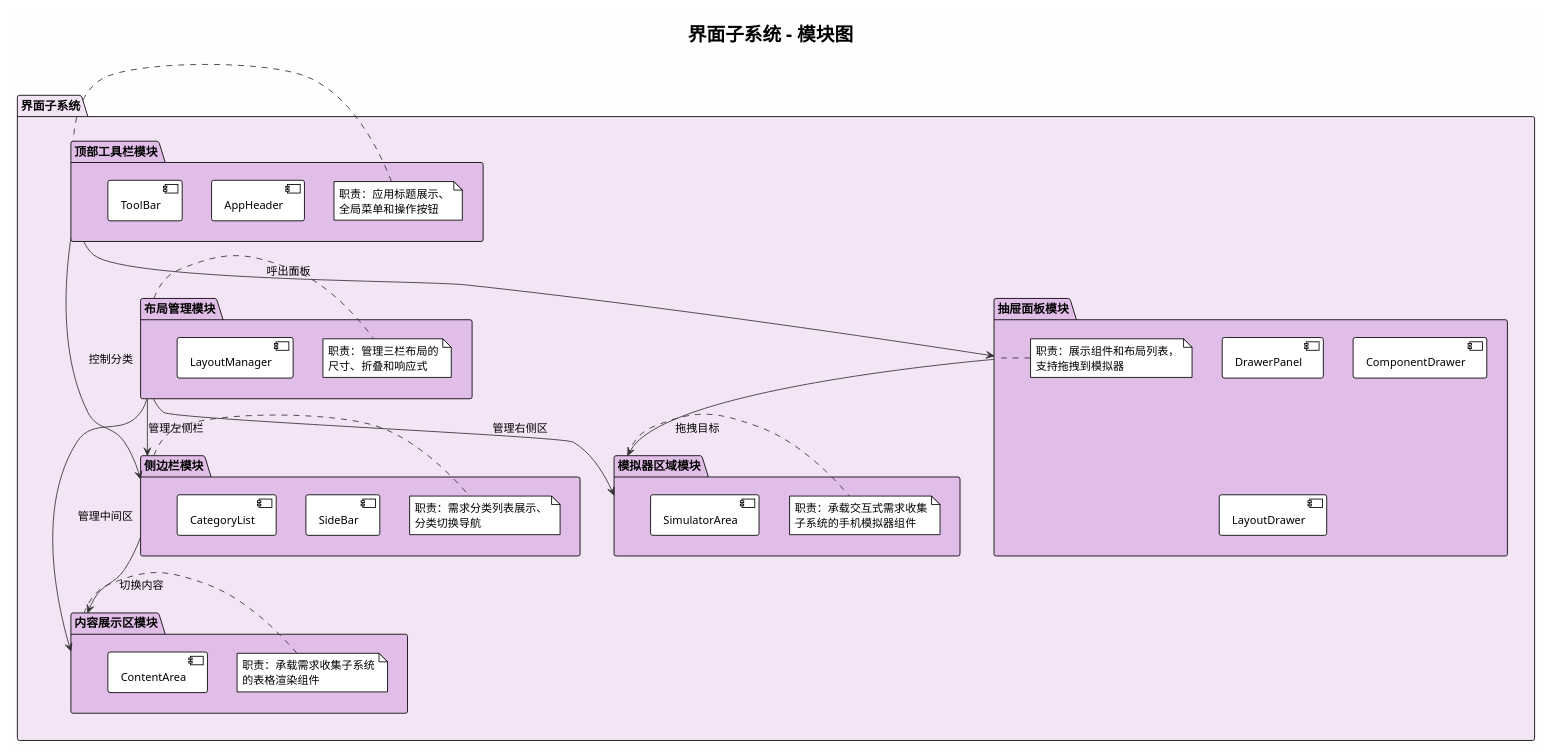
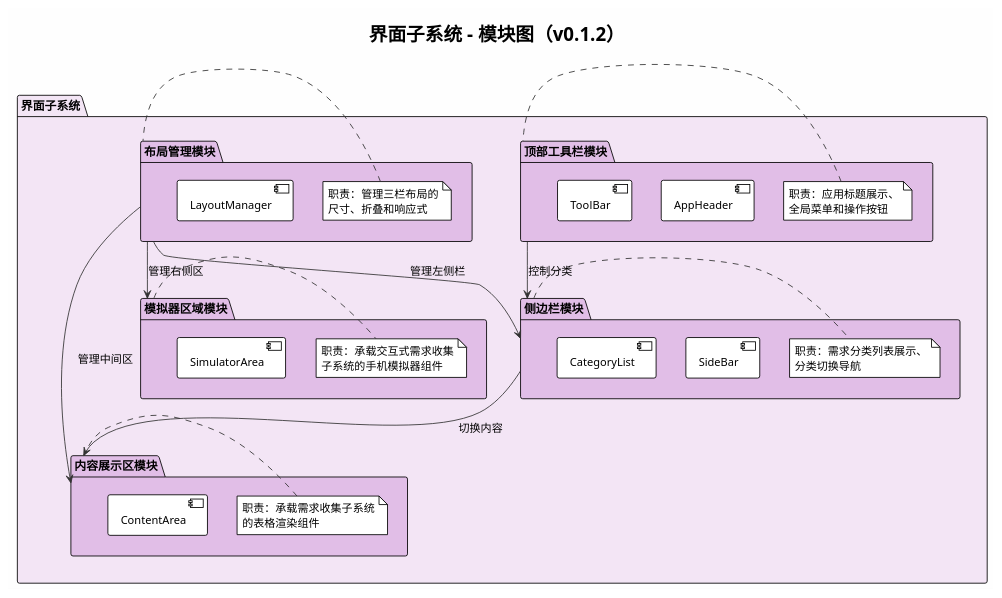
One commit to 24-Fahed/frontend_requirements_tool changed the diagram in docs/images/ui_module_diagram.puml. Above: the diagram before and after it, drawn with PlantUML. The commit also changed 48 other files, not shown here.

```diff
--- a/docs/images/ui_module_diagram.puml
+++ b/docs/images/ui_module_diagram.puml
@@ -1,80 +1,71 @@
 @startuml 界面子系统_模块图
 !theme plain
 skinparam backgroundColor #FEFEFE
 skinparam defaultFontName SimHei
 skinparam NoteFontName SimHei
 skinparam PackageFontName SimHei
 skinparam RectangleFontName SimHei
 skinparam TitleFontName SimHei
 skinparam LegendFontName SimHei
 skinparam ComponentFontName SimHei
 skinparam ArrowColor #333333
 skinparam PackageFontSize 14
 skinparam ComponentFontSize 13
 
-title 界面子系统 - 模块图
+title 界面子系统 - 模块图（v0.1.2）
 
 package "界面子系统" as UI_SYS #F3E5F5 {
 
   package "顶部工具栏模块" as MOD_HEADER #E1BEE7 {
     component [AppHeader] as HEADER
     component [ToolBar] as TOOLBAR
     note left of MOD_HEADER
       职责：应用标题展示、
       全局菜单和操作按钮
     end note
   }
 
   package "侧边栏模块" as MOD_SIDEBAR #E1BEE7 {
     component [SideBar] as SIDEBAR
     component [CategoryList] as CAT_LIST
     note right of MOD_SIDEBAR
       职责：需求分类列表展示、
       分类切换导航
     end note
   }
 
   package "内容展示区模块" as MOD_CONTENT #E1BEE7 {
     component [ContentArea] as CONTENT
     note left of MOD_CONTENT
       职责：承载需求收集子系统
       的表格渲染组件
     end note
   }
 
   package "模拟器区域模块" as MOD_SIM_AREA #E1BEE7 {
     component [SimulatorArea] as SIM_AREA
     note right of MOD_SIM_AREA
       职责：承载交互式需求收集
       子系统的手机模拟器组件
     end note
   }
 
-  package "抽屉面板模块" as MOD_DRAWER #E1BEE7 {
-    component [DrawerPanel] as DRAWER
-    component [ComponentDrawer] as COMP_DRAWER
-    component [LayoutDrawer] as LAYOUT_DRAWER
-    note left of MOD_DRAWER
-      职责：展示组件和布局列表，
-      支持拖拽到模拟器
-    end note
-  }
-
   package "布局管理模块" as MOD_LAYOUT #E1BEE7 {
     component [LayoutManager] as LAYOUT_MGR
-    note right of MOD_LAYOUT
+    note left of MOD_LAYOUT
       职责：管理三栏布局的
       尺寸、折叠和响应式
     end note
   }
 }
 
 MOD_HEADER --> MOD_SIDEBAR : 控制分类
-MOD_HEADER --> MOD_DRAWER : 呼出面板
 MOD_LAYOUT --> MOD_SIDEBAR : 管理左侧栏
 MOD_LAYOUT --> MOD_CONTENT : 管理中间区
 MOD_LAYOUT --> MOD_SIM_AREA : 管理右侧区
 MOD_SIDEBAR --> MOD_CONTENT : 切换内容
-MOD_DRAWER --> MOD_SIM_AREA : 拖拽目标
+
+' ToolBar 通过共享状态仓库控制组件面板的显隐，
+' 组件面板属于交互式需求收集子系统
 
 @enduml
```
